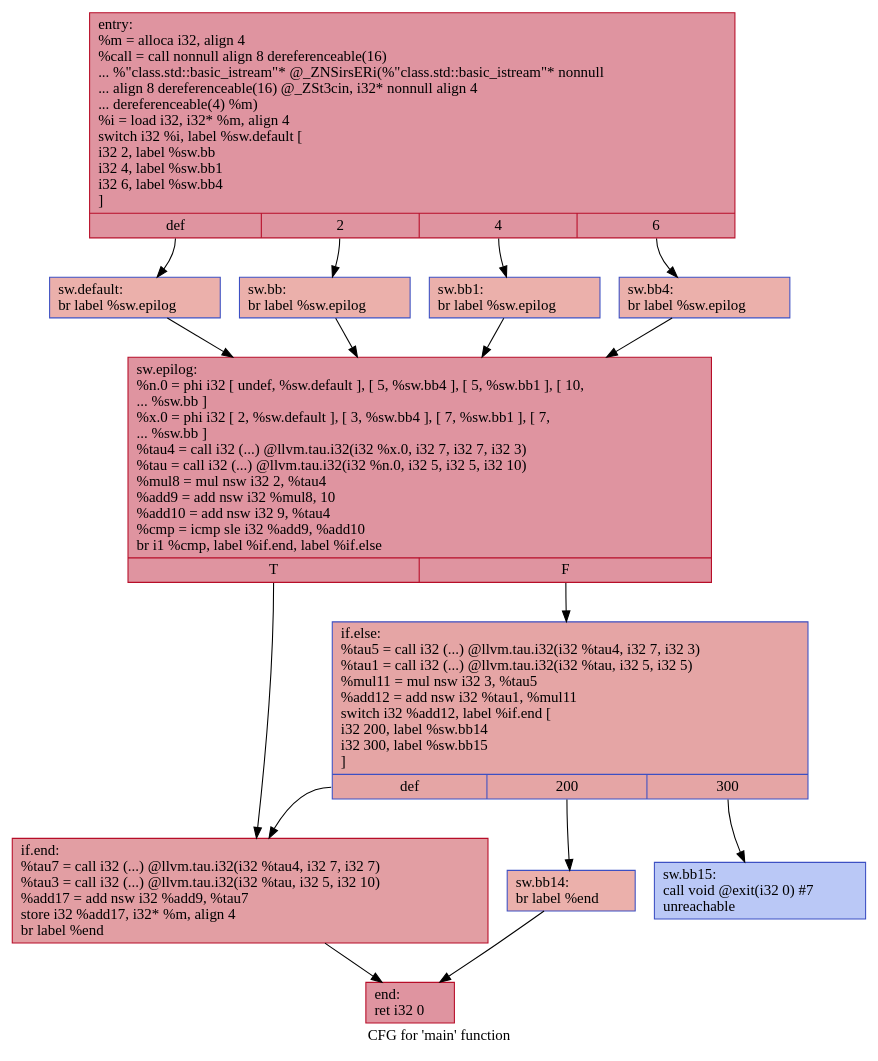
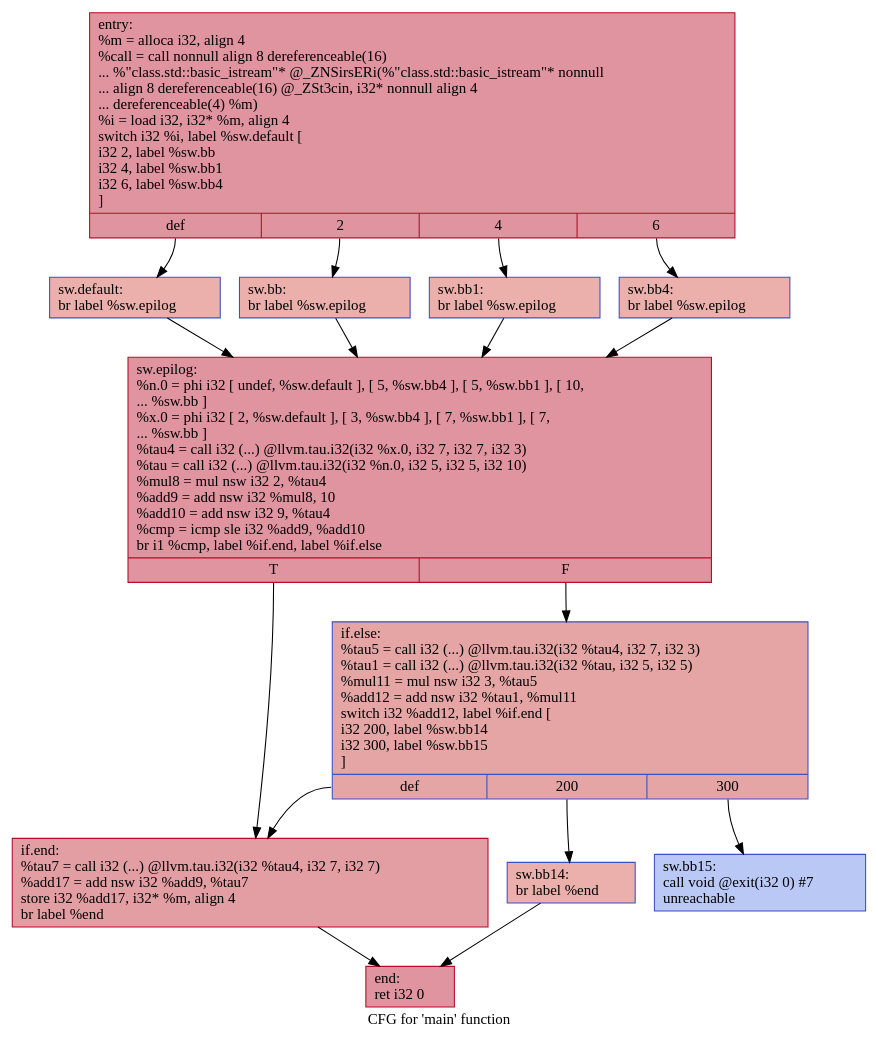
The diagram in IR/cfg/SCCP_HPSSA.dot (HPSSA-LLVM/HPSSA-LLVM), drawn with Graphviz before and after one commit. The commit also changed 25 other files, not shown here.

```diff
--- a/IR/cfg/SCCP_HPSSA.dot
+++ b/IR/cfg/SCCP_HPSSA.dot
@@ -1,30 +1,30 @@
 digraph "CFG for 'main' function" {
 	label="CFG for 'main' function";
 
-	Node0x5587b3ea50c0 [shape=record,color="#b70d28ff", style=filled, fillcolor="#b70d2870",label="{entry:\l  %m = alloca i32, align 4\l  %call = call nonnull align 8 dereferenceable(16)\l... %\"class.std::basic_istream\"* @_ZNSirsERi(%\"class.std::basic_istream\"* nonnull\l... align 8 dereferenceable(16) @_ZSt3cin, i32* nonnull align 4\l... dereferenceable(4) %m)\l  %i = load i32, i32* %m, align 4\l  switch i32 %i, label %sw.default [\l    i32 2, label %sw.bb\l    i32 4, label %sw.bb1\l    i32 6, label %sw.bb4\l  ]\l|{<s0>def|<s1>2|<s2>4|<s3>6}}"];
-	Node0x5587b3ea50c0:s0 -> Node0x5587b3ea5500;
-	Node0x5587b3ea50c0:s1 -> Node0x5587b3ea5610;
-	Node0x5587b3ea50c0:s2 -> Node0x5587b3ea5710;
-	Node0x5587b3ea50c0:s3 -> Node0x5587b3ea5810;
-	Node0x5587b3ea5610 [shape=record,color="#3d50c3ff", style=filled, fillcolor="#d24b4070",label="{sw.bb:                                            \l  br label %sw.epilog\l}"];
-	Node0x5587b3ea5610 -> Node0x5587b3ea5930;
-	Node0x5587b3ea5710 [shape=record,color="#3d50c3ff", style=filled, fillcolor="#d24b4070",label="{sw.bb1:                                           \l  br label %sw.epilog\l}"];
-	Node0x5587b3ea5710 -> Node0x5587b3ea5930;
-	Node0x5587b3ea5810 [shape=record,color="#3d50c3ff", style=filled, fillcolor="#d24b4070",label="{sw.bb4:                                           \l  br label %sw.epilog\l}"];
-	Node0x5587b3ea5810 -> Node0x5587b3ea5930;
-	Node0x5587b3ea5500 [shape=record,color="#3d50c3ff", style=filled, fillcolor="#d24b4070",label="{sw.default:                                       \l  br label %sw.epilog\l}"];
-	Node0x5587b3ea5500 -> Node0x5587b3ea5930;
-	Node0x5587b3ea5930 [shape=record,color="#b70d28ff", style=filled, fillcolor="#b70d2870",label="{sw.epilog:                                        \l  %n.0 = phi i32 [ undef, %sw.default ], [ 5, %sw.bb4 ], [ 5, %sw.bb1 ], [ 10,\l... %sw.bb ]\l  %x.0 = phi i32 [ 2, %sw.default ], [ 3, %sw.bb4 ], [ 7, %sw.bb1 ], [ 7,\l... %sw.bb ]\l  %tau4 = call i32 (...) @llvm.tau.i32(i32 %x.0, i32 7, i32 7, i32 3)\l  %tau = call i32 (...) @llvm.tau.i32(i32 %n.0, i32 5, i32 5, i32 10)\l  %mul8 = mul nsw i32 2, %tau4\l  %add9 = add nsw i32 %mul8, 10\l  %add10 = add nsw i32 9, %tau4\l  %cmp = icmp sle i32 %add9, %add10\l  br i1 %cmp, label %if.end, label %if.else\l|{<s0>T|<s1>F}}"];
-	Node0x5587b3ea5930:s0 -> Node0x5587b3ea6ad0;
-	Node0x5587b3ea5930:s1 -> Node0x5587b3ea6b40;
-	Node0x5587b3ea6b40 [shape=record,color="#3d50c3ff", style=filled, fillcolor="#c5333470",label="{if.else:                                          \l  %tau5 = call i32 (...) @llvm.tau.i32(i32 %tau4, i32 7, i32 3)\l  %tau1 = call i32 (...) @llvm.tau.i32(i32 %tau, i32 5, i32 5)\l  %mul11 = mul nsw i32 3, %tau5\l  %add12 = add nsw i32 %tau1, %mul11\l  switch i32 %add12, label %if.end [\l    i32 200, label %sw.bb14\l    i32 300, label %sw.bb15\l  ]\l|{<s0>def|<s1>200|<s2>300}}"];
-	Node0x5587b3ea6b40:s0 -> Node0x5587b3ea6ad0;
-	Node0x5587b3ea6b40:s1 -> Node0x5587b3ea6ed0;
-	Node0x5587b3ea6b40:s2 -> Node0x5587b3ea6f70;
-	Node0x5587b3ea6ed0 [shape=record,color="#3d50c3ff", style=filled, fillcolor="#d24b4070",label="{sw.bb14:                                          \l  br label %end\l}"];
-	Node0x5587b3ea6ed0 -> Node0x5587b3ea7420;
-	Node0x5587b3ea6f70 [shape=record,color="#3d50c3ff", style=filled, fillcolor="#6282ea70",label="{sw.bb15:                                          \l  call void @exit(i32 0) #7\l  unreachable\l}"];
-	Node0x5587b3ea6ad0 [shape=record,color="#b70d28ff", style=filled, fillcolor="#be242e70",label="{if.end:                                           \l  %tau7 = call i32 (...) @llvm.tau.i32(i32 %tau4, i32 7, i32 7)\l  %tau3 = call i32 (...) @llvm.tau.i32(i32 %tau, i32 5, i32 10)\l  %add17 = add nsw i32 %add9, %tau7\l  store i32 %add17, i32* %m, align 4\l  br label %end\l}"];
-	Node0x5587b3ea6ad0 -> Node0x5587b3ea7420;
-	Node0x5587b3ea7420 [shape=record,color="#b70d28ff", style=filled, fillcolor="#b70d2870",label="{end:                                              \l  ret i32 0\l}"];
+	Node0x564c4b60d080 [shape=record,color="#b70d28ff", style=filled, fillcolor="#b70d2870",label="{entry:\l  %m = alloca i32, align 4\l  %call = call nonnull align 8 dereferenceable(16)\l... %\"class.std::basic_istream\"* @_ZNSirsERi(%\"class.std::basic_istream\"* nonnull\l... align 8 dereferenceable(16) @_ZSt3cin, i32* nonnull align 4\l... dereferenceable(4) %m)\l  %i = load i32, i32* %m, align 4\l  switch i32 %i, label %sw.default [\l    i32 2, label %sw.bb\l    i32 4, label %sw.bb1\l    i32 6, label %sw.bb4\l  ]\l|{<s0>def|<s1>2|<s2>4|<s3>6}}"];
+	Node0x564c4b60d080:s0 -> Node0x564c4b60d4c0;
+	Node0x564c4b60d080:s1 -> Node0x564c4b60d5d0;
+	Node0x564c4b60d080:s2 -> Node0x564c4b60d6d0;
+	Node0x564c4b60d080:s3 -> Node0x564c4b60d7d0;
+	Node0x564c4b60d5d0 [shape=record,color="#3d50c3ff", style=filled, fillcolor="#d24b4070",label="{sw.bb:                                            \l  br label %sw.epilog\l}"];
+	Node0x564c4b60d5d0 -> Node0x564c4b60d8f0;
+	Node0x564c4b60d6d0 [shape=record,color="#3d50c3ff", style=filled, fillcolor="#d24b4070",label="{sw.bb1:                                           \l  br label %sw.epilog\l}"];
+	Node0x564c4b60d6d0 -> Node0x564c4b60d8f0;
+	Node0x564c4b60d7d0 [shape=record,color="#3d50c3ff", style=filled, fillcolor="#d24b4070",label="{sw.bb4:                                           \l  br label %sw.epilog\l}"];
+	Node0x564c4b60d7d0 -> Node0x564c4b60d8f0;
+	Node0x564c4b60d4c0 [shape=record,color="#3d50c3ff", style=filled, fillcolor="#d24b4070",label="{sw.default:                                       \l  br label %sw.epilog\l}"];
+	Node0x564c4b60d4c0 -> Node0x564c4b60d8f0;
+	Node0x564c4b60d8f0 [shape=record,color="#b70d28ff", style=filled, fillcolor="#b70d2870",label="{sw.epilog:                                        \l  %n.0 = phi i32 [ undef, %sw.default ], [ 5, %sw.bb4 ], [ 5, %sw.bb1 ], [ 10,\l... %sw.bb ]\l  %x.0 = phi i32 [ 2, %sw.default ], [ 3, %sw.bb4 ], [ 7, %sw.bb1 ], [ 7,\l... %sw.bb ]\l  %tau4 = call i32 (...) @llvm.tau.i32(i32 %x.0, i32 7, i32 7, i32 3)\l  %tau = call i32 (...) @llvm.tau.i32(i32 %n.0, i32 5, i32 5, i32 10)\l  %mul8 = mul nsw i32 2, %tau4\l  %add9 = add nsw i32 %mul8, 10\l  %add10 = add nsw i32 9, %tau4\l  %cmp = icmp sle i32 %add9, %add10\l  br i1 %cmp, label %if.end, label %if.else\l|{<s0>T|<s1>F}}"];
+	Node0x564c4b60d8f0:s0 -> Node0x564c4b60ea90;
+	Node0x564c4b60d8f0:s1 -> Node0x564c4b60eb00;
+	Node0x564c4b60eb00 [shape=record,color="#3d50c3ff", style=filled, fillcolor="#c5333470",label="{if.else:                                          \l  %tau5 = call i32 (...) @llvm.tau.i32(i32 %tau4, i32 7, i32 3)\l  %tau1 = call i32 (...) @llvm.tau.i32(i32 %tau, i32 5, i32 5)\l  %mul11 = mul nsw i32 3, %tau5\l  %add12 = add nsw i32 %tau1, %mul11\l  switch i32 %add12, label %if.end [\l    i32 200, label %sw.bb14\l    i32 300, label %sw.bb15\l  ]\l|{<s0>def|<s1>200|<s2>300}}"];
+	Node0x564c4b60eb00:s0 -> Node0x564c4b60ea90;
+	Node0x564c4b60eb00:s1 -> Node0x564c4b60ee90;
+	Node0x564c4b60eb00:s2 -> Node0x564c4b60ef30;
+	Node0x564c4b60ee90 [shape=record,color="#3d50c3ff", style=filled, fillcolor="#d24b4070",label="{sw.bb14:                                          \l  br label %end\l}"];
+	Node0x564c4b60ee90 -> Node0x564c4b60f3e0;
+	Node0x564c4b60ef30 [shape=record,color="#3d50c3ff", style=filled, fillcolor="#6282ea70",label="{sw.bb15:                                          \l  call void @exit(i32 0) #7\l  unreachable\l}"];
+	Node0x564c4b60ea90 [shape=record,color="#b70d28ff", style=filled, fillcolor="#be242e70",label="{if.end:                                           \l  %tau7 = call i32 (...) @llvm.tau.i32(i32 %tau4, i32 7, i32 7)\l  %add17 = add nsw i32 %add9, %tau7\l  store i32 %add17, i32* %m, align 4\l  br label %end\l}"];
+	Node0x564c4b60ea90 -> Node0x564c4b60f3e0;
+	Node0x564c4b60f3e0 [shape=record,color="#b70d28ff", style=filled, fillcolor="#b70d2870",label="{end:                                              \l  ret i32 0\l}"];
 }
```
